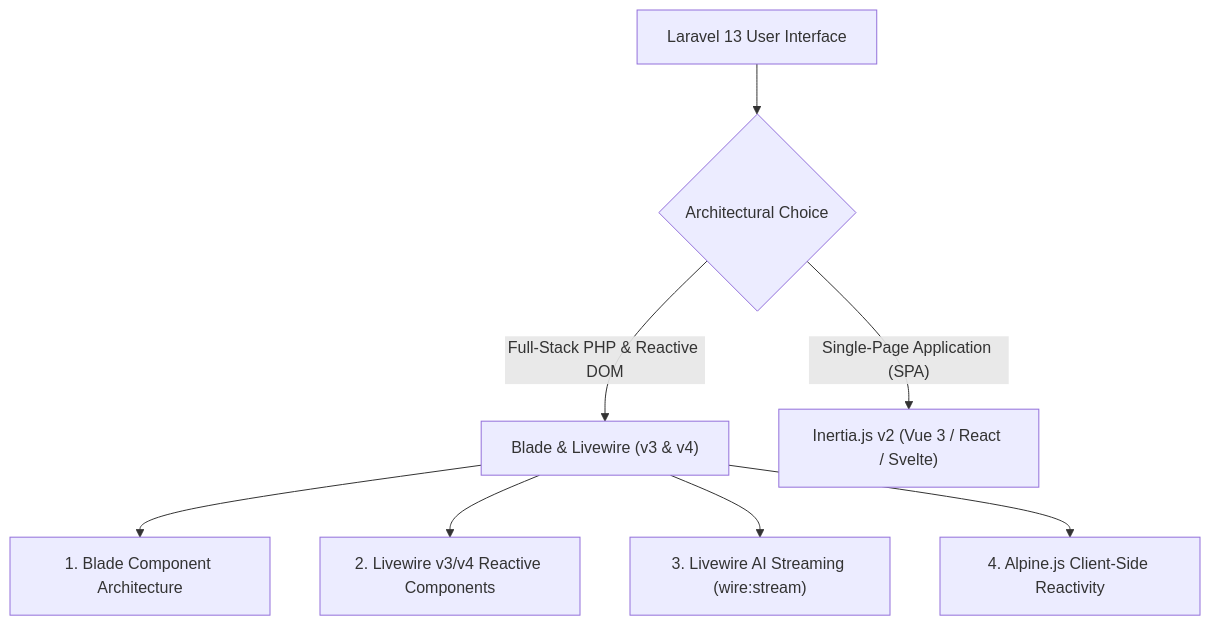
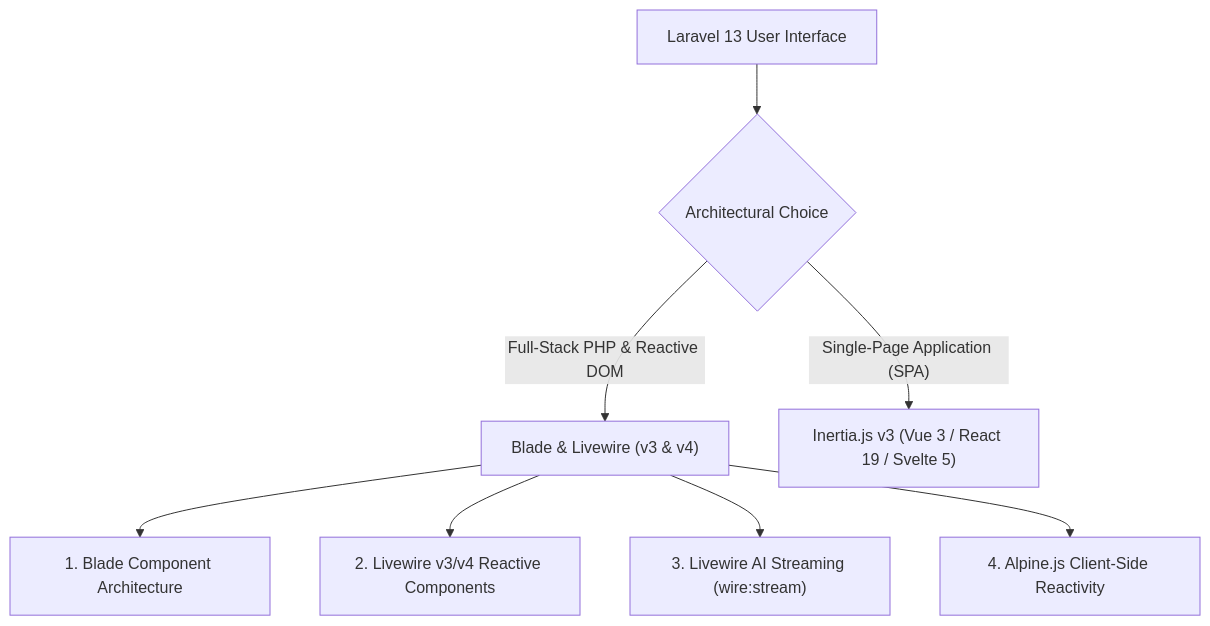
The diagram in docs/architecture/blade-and-livewire.md (shamimwhois/laravel-13-plugin), drawn with Mermaid before and after one commit. The commit also changed 13 other files, not shown here.

````diff
--- a/docs/architecture/blade-and-livewire.md
+++ b/docs/architecture/blade-and-livewire.md
@@ -11,12 +11,12 @@
 ```mermaid
 graph TD
     UserInterface["Laravel 13 User Interface"] --> Paradigm{"Architectural Choice"}
     
     Paradigm -- Full-Stack PHP & Reactive DOM --> BladeLivewire["Blade & Livewire (v3 & v4)"]
-    Paradigm -- Single-Page Application (SPA) --> InertiaStack["Inertia.js v2 (Vue 3 / React / Svelte)"]
+    Paradigm -- Single-Page Application (SPA) --> InertiaStack["Inertia.js v3 (Vue 3 / React 19 / Svelte 5)"]
     
     BladeLivewire --> BladeComponents["1. Blade Component Architecture"]
     BladeLivewire --> LivewireComponents["2. Livewire v3/v4 Reactive Components"]
     BladeLivewire --> LivewireStreaming["3. Livewire AI Streaming (wire:stream)"]
     BladeLivewire --> AlpineIntegration["4. Alpine.js Client-Side Reactivity"]
 ```
````
